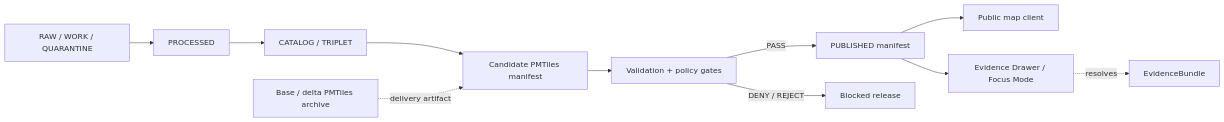
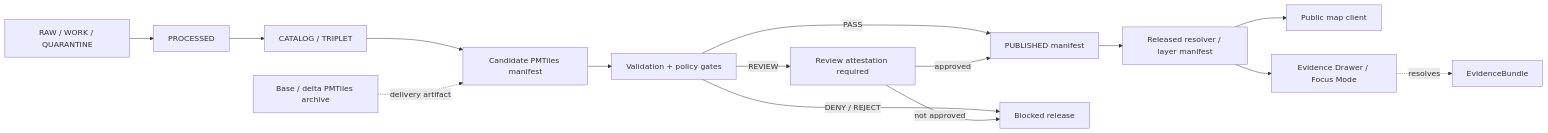
Before and after one commit to bartytime4life/Kansas-Frontier-Matrix: the diagram in docs/architecture/tiles/PMTILES_GOVERNANCE.md, drawn with Mermaid. The commit also changed other lines of this file, not shown here.

````diff
--- a/docs/architecture/tiles/PMTILES_GOVERNANCE.md
+++ b/docs/architecture/tiles/PMTILES_GOVERNANCE.md
@@ -59,14 +145,21 @@
 ```mermaid
 flowchart LR
   raw["RAW / WORK / QUARANTINE"] --> processed["PROCESSED"]
   processed --> catalog["CATALOG / TRIPLET"]
   catalog --> candidate["Candidate PMTiles manifest"]
   candidate --> gates["Validation + policy gates"]
+
   gates -->|PASS| published["PUBLISHED manifest"]
   gates -->|DENY / REJECT| blocked["Blocked release"]
-  published --> client["Public map client"]
-  published --> drawer["Evidence Drawer / Focus Mode"]
+  gates -->|REVIEW| attestation["Review attestation required"]
+
+  attestation -->|approved| published
+  attestation -->|not approved| blocked
+
+  published --> resolver["Released resolver / layer manifest"]
+  resolver --> client["Public map client"]
+  resolver --> drawer["Evidence Drawer / Focus Mode"]
 
   archive["Base / delta PMTiles archive"] -. delivery artifact .-> candidate
   drawer -. resolves .-> evidence["EvidenceBundle"]
 ```
````
